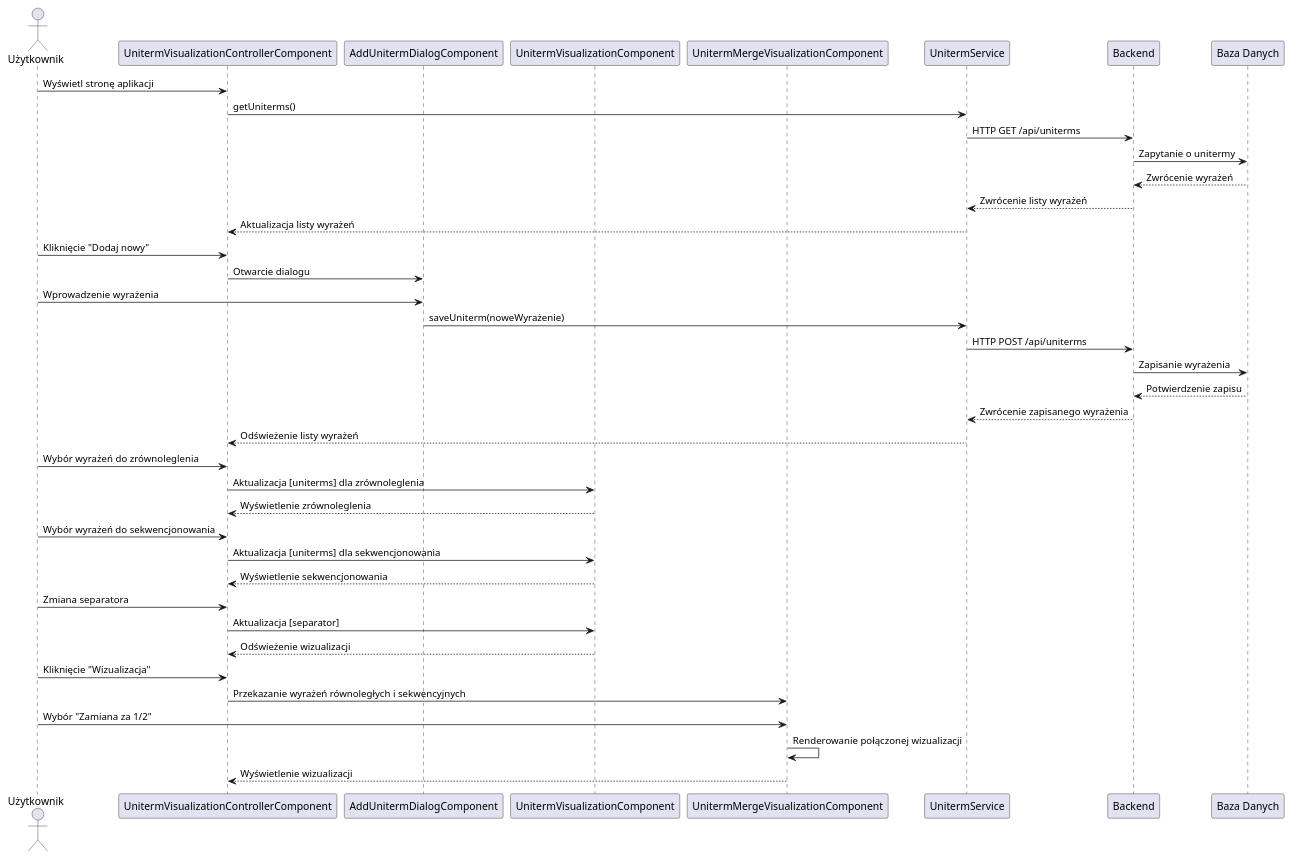
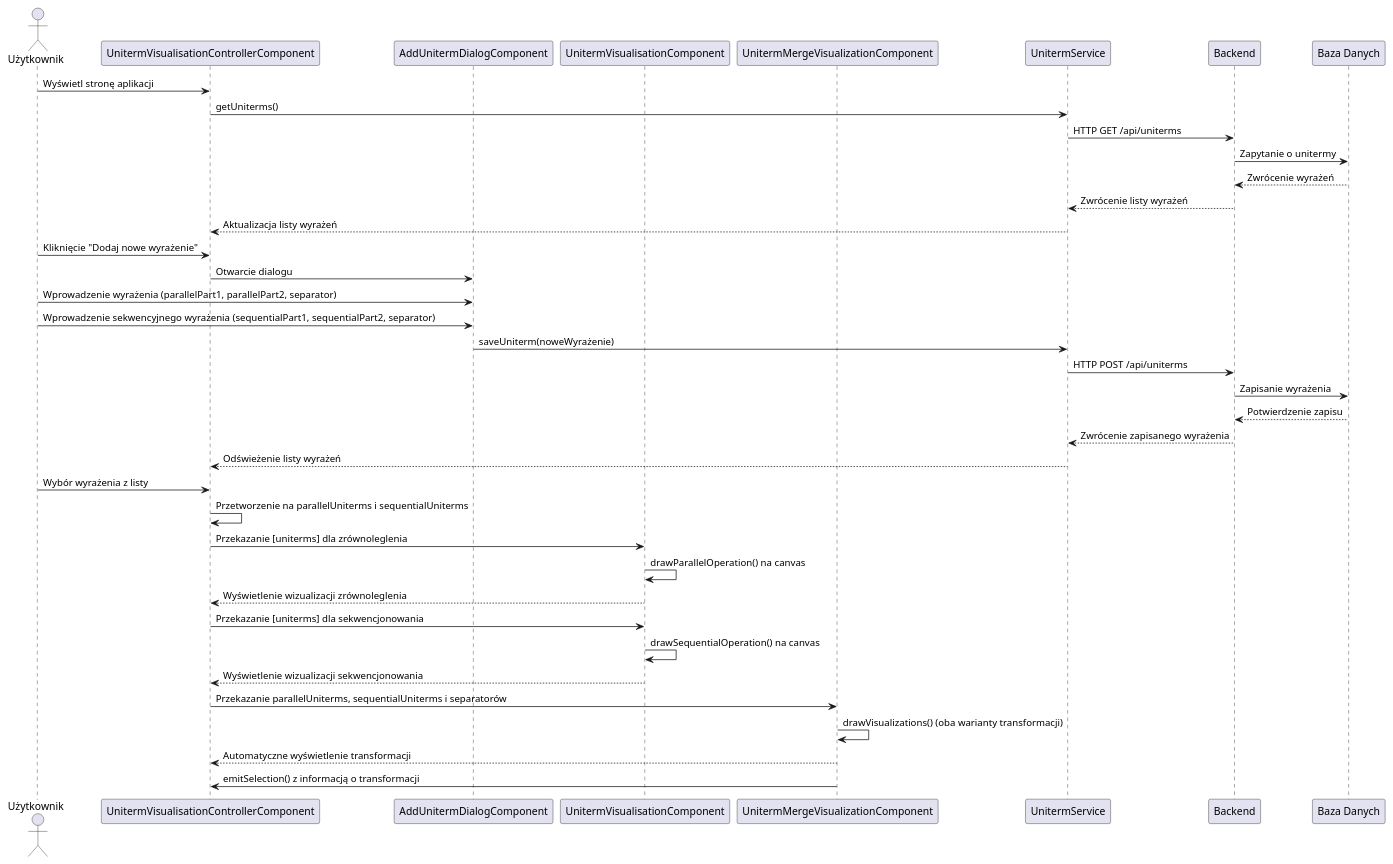
The diagram in documentation/diagrams/sequence/diagram.wsd (miluski/Uniterm), drawn with PlantUML before and after one commit. The commit also changed 25 other files, not shown here.

```diff
--- a/documentation/diagrams/sequence/diagram.wsd
+++ b/documentation/diagrams/sequence/diagram.wsd
@@ -1,46 +1,44 @@
 @startuml
 actor Użytkownik
-participant "UnitermVisualizationControllerComponent" as UVCC
+participant "UnitermVisualisationControllerComponent" as UVCC
 participant "AddUnitermDialogComponent" as AUDC
-participant "UnitermVisualizationComponent" as UVC
+participant "UnitermVisualisationComponent" as UVC
 participant "UnitermMergeVisualizationComponent" as UMVC
 participant "UnitermService" as US
 participant "Backend" as BE
 participant "Baza Danych" as DB
 
 Użytkownik -> UVCC: Wyświetl stronę aplikacji
 UVCC -> US: getUniterms()
 US -> BE: HTTP GET /api/uniterms
 BE -> DB: Zapytanie o unitermy
 DB --> BE: Zwrócenie wyrażeń
 BE --> US: Zwrócenie listy wyrażeń
 US --> UVCC: Aktualizacja listy wyrażeń
-
-Użytkownik -> UVCC: Kliknięcie "Dodaj nowy"
+ 
+Użytkownik -> UVCC: Kliknięcie "Dodaj nowe wyrażenie"
 UVCC -> AUDC: Otwarcie dialogu
-Użytkownik -> AUDC: Wprowadzenie wyrażenia
+Użytkownik -> AUDC: Wprowadzenie wyrażenia (parallelPart1, parallelPart2, separator)
+Użytkownik -> AUDC: Wprowadzenie sekwencyjnego wyrażenia (sequentialPart1, sequentialPart2, separator)
 AUDC -> US: saveUniterm(noweWyrażenie)
 US -> BE: HTTP POST /api/uniterms
 BE -> DB: Zapisanie wyrażenia
 DB --> BE: Potwierdzenie zapisu
 BE --> US: Zwrócenie zapisanego wyrażenia
 US --> UVCC: Odświeżenie listy wyrażeń
 
-Użytkownik -> UVCC: Wybór wyrażeń do zrównoleglenia
-UVCC -> UVC: Aktualizacja [uniterms] dla zrównoleglenia
-UVC --> UVCC: Wyświetlenie zrównoleglenia
+Użytkownik -> UVCC: Wybór wyrażenia z listy
+UVCC -> UVCC: Przetworzenie na parallelUniterms i sequentialUniterms
+UVCC -> UVC: Przekazanie [uniterms] dla zrównoleglenia
+UVC -> UVC: drawParallelOperation() na canvas
+UVC --> UVCC: Wyświetlenie wizualizacji zrównoleglenia
 
-Użytkownik -> UVCC: Wybór wyrażeń do sekwencjonowania
-UVCC -> UVC: Aktualizacja [uniterms] dla sekwencjonowania
-UVC --> UVCC: Wyświetlenie sekwencjonowania
+UVCC -> UVC: Przekazanie [uniterms] dla sekwencjonowania
+UVC -> UVC: drawSequentialOperation() na canvas
+UVC --> UVCC: Wyświetlenie wizualizacji sekwencjonowania
 
-Użytkownik -> UVCC: Zmiana separatora
-UVCC -> UVC: Aktualizacja [separator]
-UVC --> UVCC: Odświeżenie wizualizacji
-
-Użytkownik -> UVCC: Kliknięcie "Wizualizacja"
-UVCC -> UMVC: Przekazanie wyrażeń równoległych i sekwencyjnych
-Użytkownik -> UMVC: Wybór "Zamiana za 1/2"
-UMVC -> UMVC: Renderowanie połączonej wizualizacji
-UMVC --> UVCC: Wyświetlenie wizualizacji
-@enduml
+UVCC -> UMVC: Przekazanie parallelUniterms, sequentialUniterms i separatorów
+UMVC -> UMVC: drawVisualizations() (oba warianty transformacji)
+UMVC --> UVCC: Automatyczne wyświetlenie transformacji
+UMVC -> UVCC: emitSelection() z informacją o transformacji
+@enduml 
```
